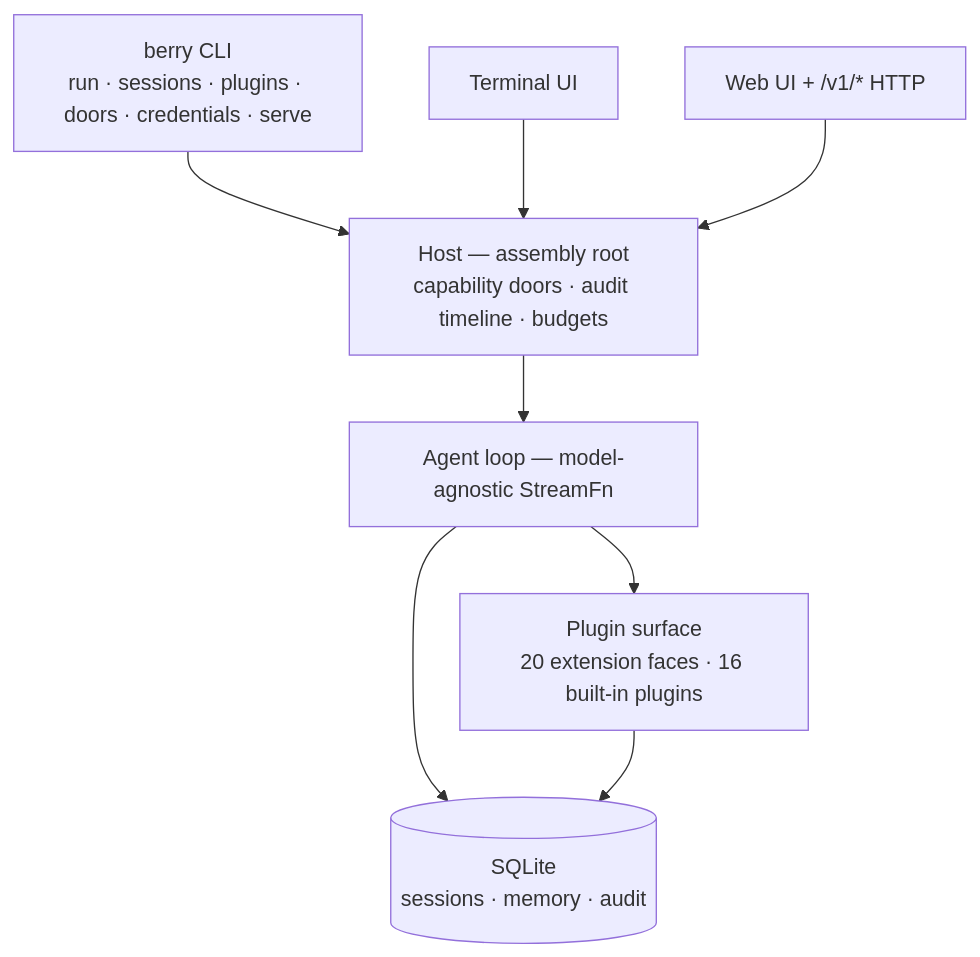
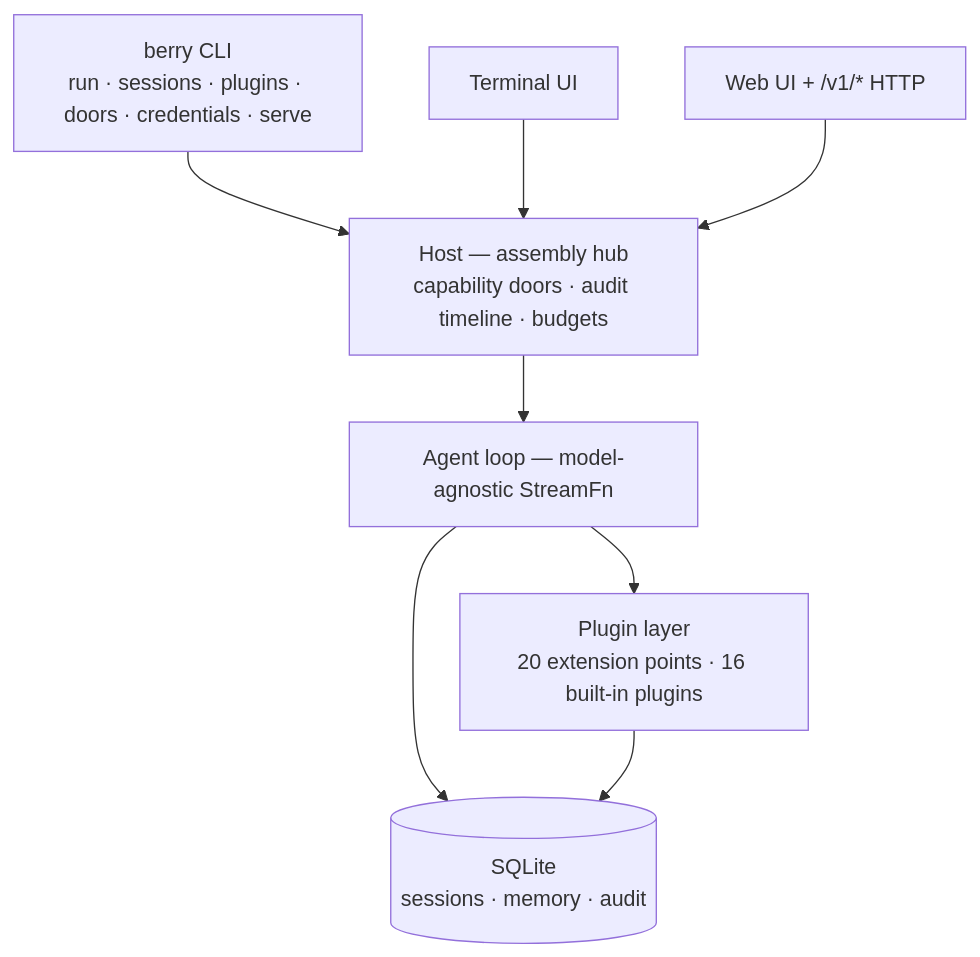
Before and after one commit to miuiadmin/berry-agent: the diagram in README.md, drawn with Mermaid. The commit also changed other lines of this file and 7 other files, not shown here.

First line of the commit message:
fix(copy): 公开文档面全域收割——五语 mermaid 旧族（assembly root/Plugin surface/20 extension faces→hub/layer/points）+ 装载体句 surface→mechanism + ko 网络表面→行为 + usage 件族四处 + 篇号引用四处摘除（wf_db273e73 docs-P1/P2+anchor，六语同批随行律）

````diff
--- a/README.md
+++ b/README.md
@@ -179,17 +179,17 @@
 ```mermaid
 graph TD
     CLI["berry CLI<br/>run · sessions · plugins · doors · credentials · serve"]
     TUI["Terminal UI"]
     WEB["Web UI + /v1/* HTTP"]
-    HOST["Host — assembly root<br/>capability doors · audit timeline · budgets"]
+    HOST["Host — assembly hub<br/>capability doors · audit timeline · budgets"]
     LOOP["Agent loop — model-agnostic StreamFn"]
-    PLUGINS["Plugin surface<br/>20 extension faces · 16 built-in plugins"]
+    PLUGINS["Plugin layer<br/>20 extension points · 16 built-in plugins"]
     STORE[("SQLite<br/>sessions · memory · audit")]
     CLI --> HOST
     TUI --> HOST
     WEB --> HOST
     HOST --> LOOP
     LOOP --> PLUGINS
     LOOP --> STORE
     PLUGINS --> STORE
 ```
````
